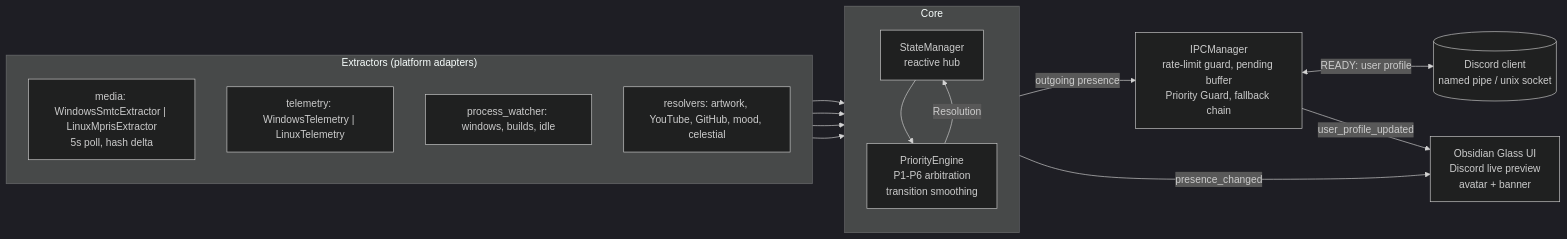
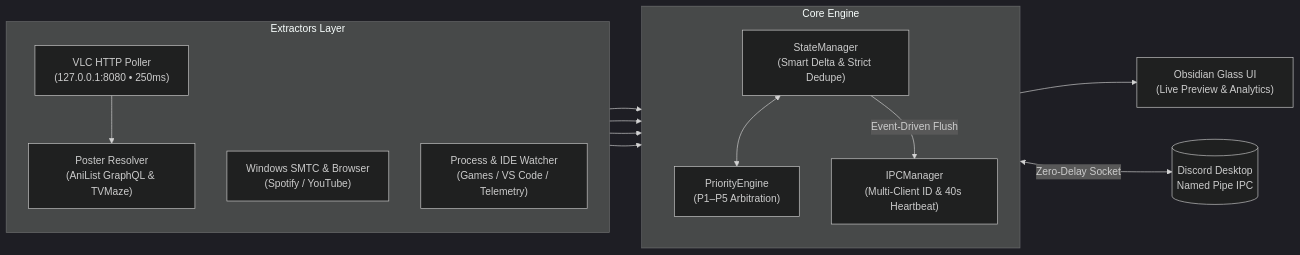
The diagram in README.md (Raf446/OmniPresence), drawn with Mermaid (dark theme) before and after one commit. The commit also changed other lines of this file and 30 other files, not shown here.

````diff
--- a/README.md
+++ b/README.md
@@ -78,31 +102,30 @@
 ```mermaid
 flowchart LR
-    subgraph EX["Extractors (platform adapters)"]
+    subgraph EX["Extractors Layer"]
         direction TB
-        M["media: WindowsSmtcExtractor | LinuxMprisExtractor<br/>5s poll, hash delta"]
-        T["telemetry: WindowsTelemetry | LinuxTelemetry"]
-        W["process_watcher: windows, builds, idle"]
-        R["resolvers: artwork, YouTube, GitHub, mood, celestial"]
+        VLC["VLC HTTP Poller<br/>(127.0.0.1:8080 • 250ms)"]
+        SMTC["Windows SMTC & Browser<br/>(Spotify / YouTube)"]
+        POSTER["Poster Resolver<br/>(AniList GraphQL & TVMaze)"]
+        PROC["Process & IDE Watcher<br/>(Games / VS Code / Telemetry)"]
     end
 
-    subgraph CORE["Core"]
+    subgraph CORE["Core Engine"]
         direction TB
-        S["StateManager<br/>reactive hub"]
-        P["PriorityEngine<br/>P1-P6 arbitration<br/>transition smoothing"]
+        SM["StateManager<br/>(Smart Delta & Strict Dedupe)"]
+        PE["PriorityEngine<br/>(P1–P5 Arbitration)"]
+        IPC["IPCManager<br/>(Multi-Client ID & 40s Heartbeat)"]
     end
 
-    IPC["IPCManager<br/>rate-limit guard, pending buffer<br/>Priority Guard, fallback chain"]
-    UI["Obsidian Glass UI<br/>Discord live preview<br/>avatar + banner"]
-    D[("Discord client<br/>named pipe / unix socket")]
+    UI["Obsidian Glass UI<br/>(Live Preview & Analytics)"]
+    DISC[("Discord Desktop<br/>Named Pipe IPC")]
 
-    M --> S
-    T --> S
-    W --> S
-    R --> S
-    S --> P
-    P -->|Resolution| S
-    S -->|outgoing presence| IPC
-    S -->|presence_changed| UI
-    IPC <-->|READY: user profile| D
-    IPC -->|user_profile_updated| UI
+    VLC --> POSTER
+    VLC --> SM
+    SMTC --> SM
+    POSTER --> SM
+    PROC --> SM
+    SM <--> PE
+    SM -->|Event-Driven Flush| IPC
+    SM --> UI
+    IPC <-->|Zero-Delay Socket| DISC
 ```
````
